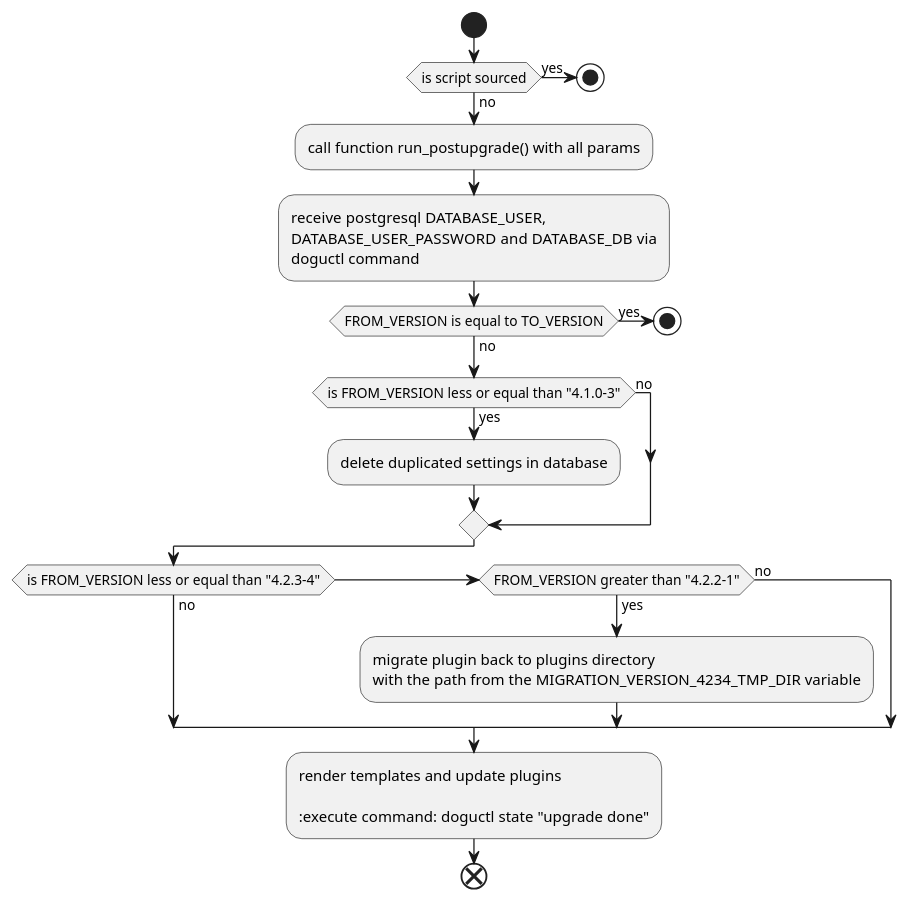
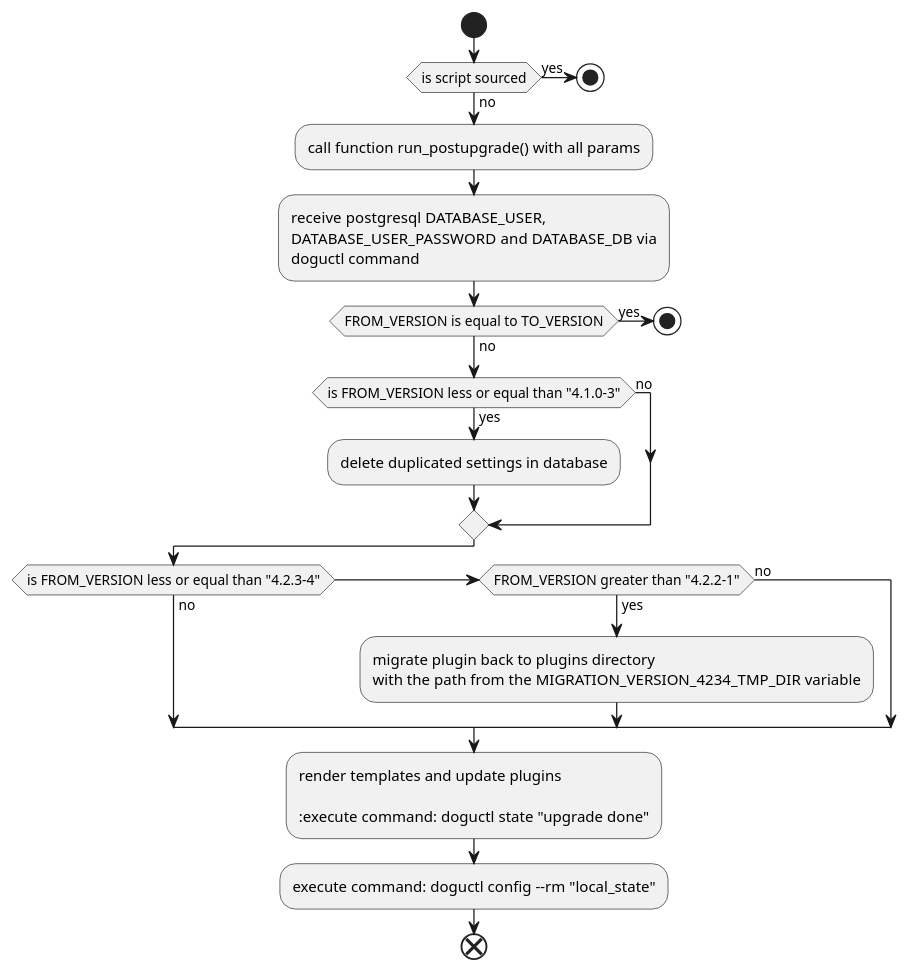
One commit to cloudogu/redmine changed the diagram in docs/development/figures/post_upgrade_workflow.puml. Above: the diagram before and after it, drawn with PlantUML. The commit also changed 6 other files, not shown here.

First line of the commit message:
#128 Use local config for persistent state

```diff
--- a/docs/development/figures/post_upgrade_workflow.puml
+++ b/docs/development/figures/post_upgrade_workflow.puml
@@ -1,40 +1,41 @@
 @startuml
 
 start
 
 if (is script sourced) then (yes)
     stop
 else (no)
     :call function run_postupgrade() with all params;
 endif
 
 
 :receive postgresql DATABASE_USER,
 DATABASE_USER_PASSWORD and DATABASE_DB via
 doguctl command;
 
 
 if (FROM_VERSION is equal to TO_VERSION) then (yes)
     stop
 else (no)
 endif
 
 if (is FROM_VERSION less or equal than "4.1.0-3") then (yes)
 :delete duplicated settings in database;
 else (no)
 endif
 
 if (is FROM_VERSION less or equal than "4.2.3-4") then (no)
     elseif (FROM_VERSION greater than "4.2.2-1") then (yes)
         :migrate plugin back to plugins directory
         with the path from the MIGRATION_VERSION_4234_TMP_DIR variable;
     else (no)
 endif
 
 :render templates and update plugins
 
 :execute command: doguctl state "upgrade done";
+:execute command: doguctl config --rm "local_state";
 
 end
 
 @enduml
```
